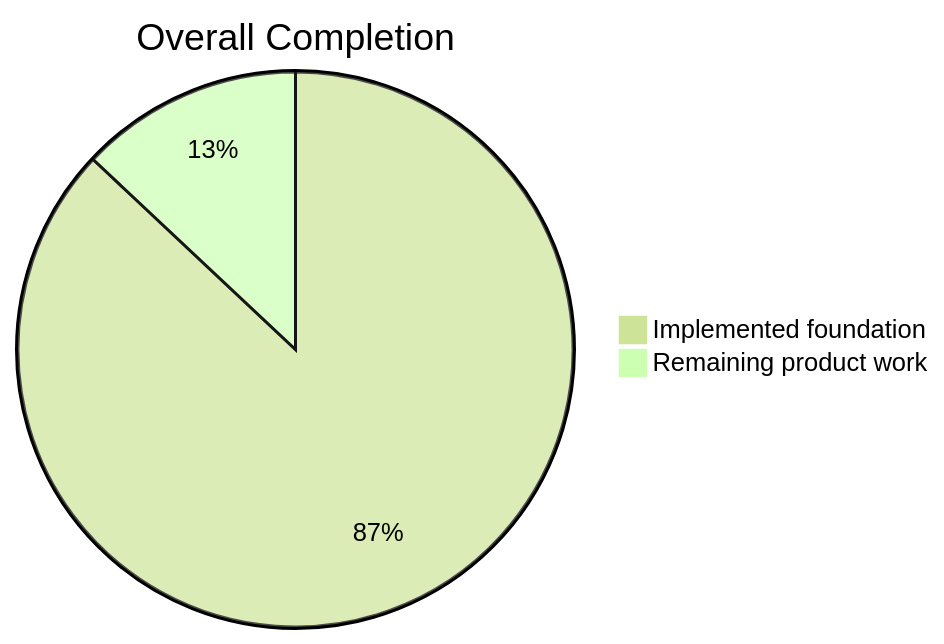
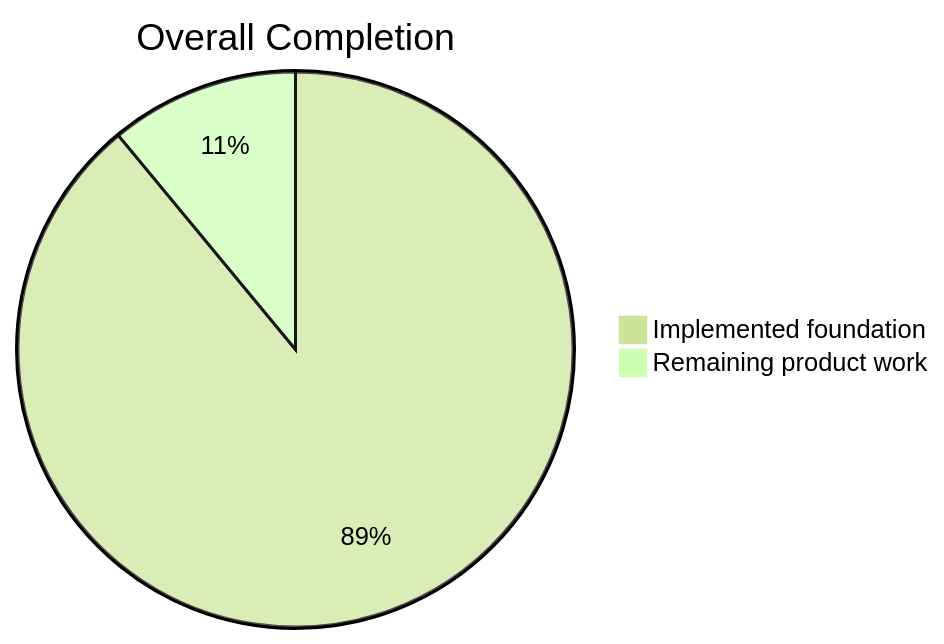
Before and after one commit to lingmulongtai/GlyphRay: the first of 5 diagrams in README.md, drawn with Mermaid (forest theme). The commit also changed other lines of this file and 17 other files, not shown here.

````diff
--- a/README.md
+++ b/README.md
@@ -15,5 +15,5 @@
 ```mermaid
 pie title Overall Completion
-  "Implemented foundation" : 87
-  "Remaining product work" : 13
+  "Implemented foundation" : 89
+  "Remaining product work" : 11
 ```
````
